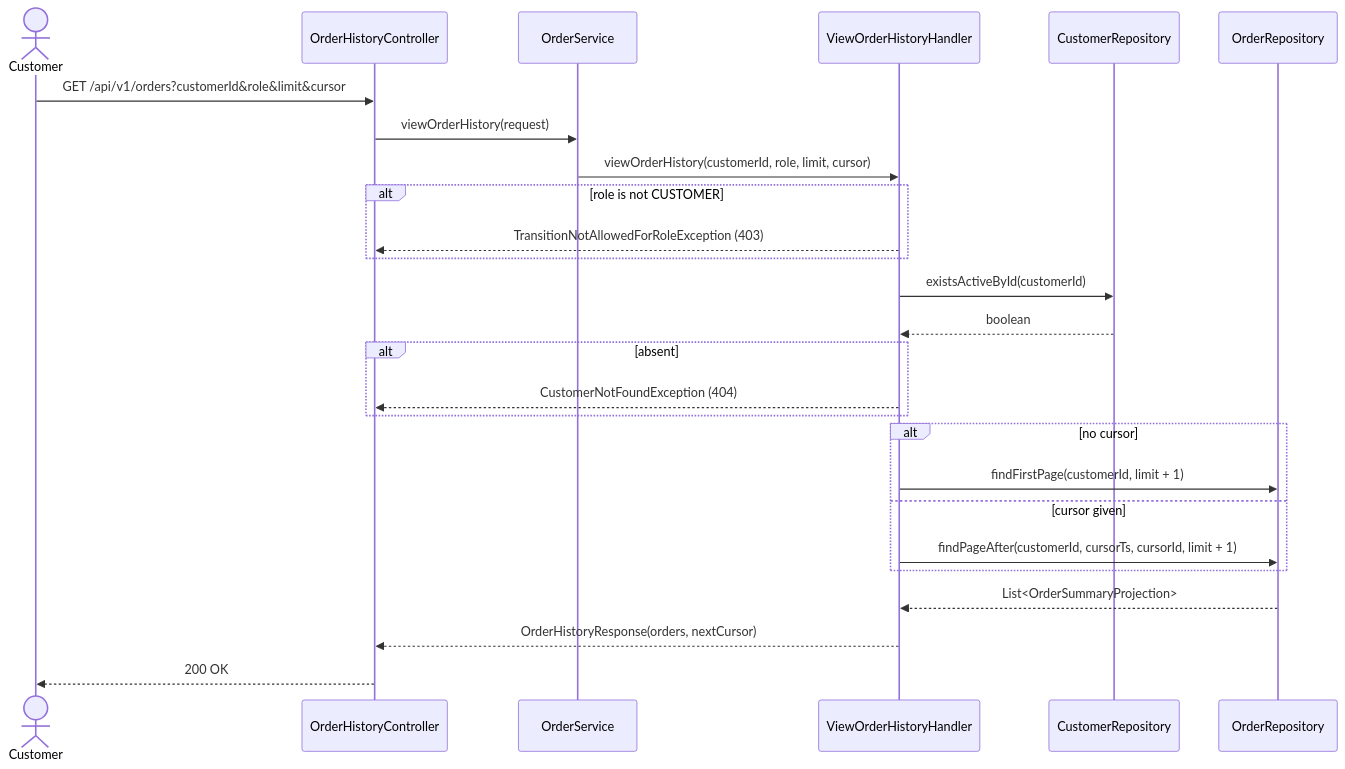
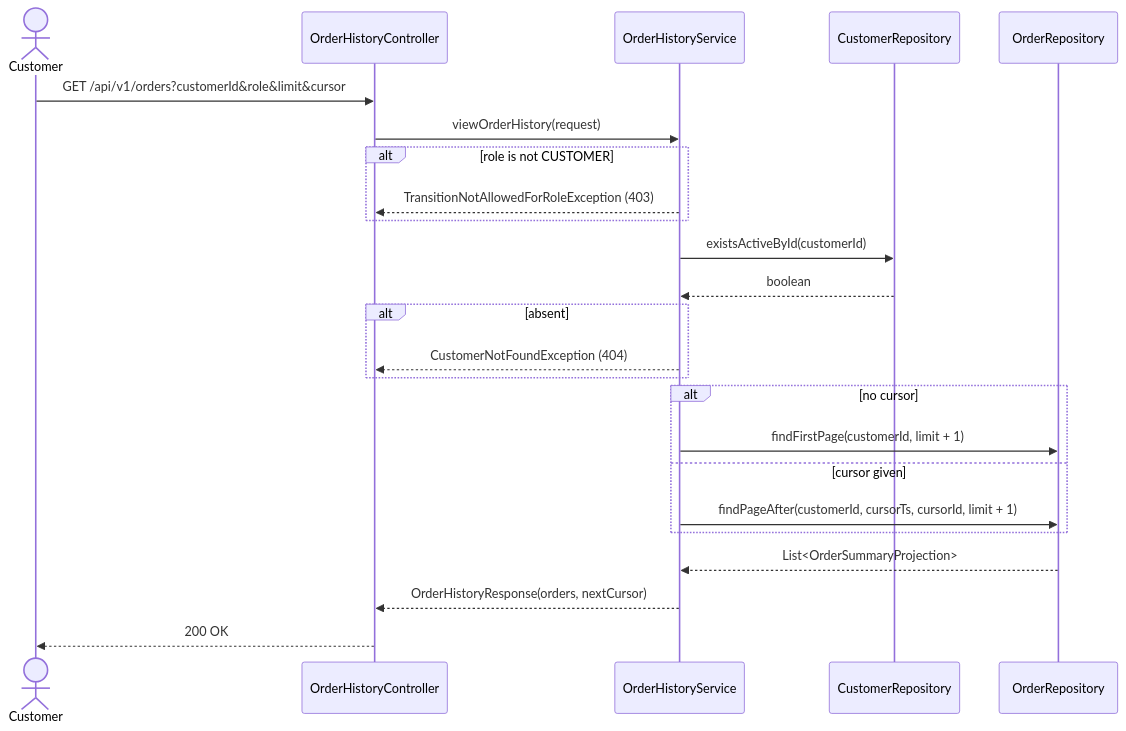
One commit to msmohammed0077-cmd/mentorship-restaurant changed the second of 2 diagrams in restaurant/.docs/use-cases/order-management/view-order-history/view-order-history.md. Above: the diagram before and after it, drawn with Mermaid. The commit also changed other lines of this file and 14 other files, not shown here.

````diff
--- a/restaurant/.docs/use-cases/order-management/view-order-history/view-order-history.md
+++ b/restaurant/.docs/use-cases/order-management/view-order-history/view-order-history.md
@@ -234,33 +234,31 @@
 ```mermaid
 sequenceDiagram
     actor Customer
     participant C as OrderHistoryController
-    participant S as OrderService
-    participant H as ViewOrderHistoryHandler
+    participant H as OrderHistoryService
     participant CR as CustomerRepository
     participant OR as OrderRepository
 
     Customer->>C: GET /api/v1/orders?customerId&role&limit&cursor
-    C->>S: viewOrderHistory(request)
-    S->>H: viewOrderHistory(customerId, role, limit, cursor)
+    C->>H: viewOrderHistory(request)
 
     alt role is not CUSTOMER
         H-->>C: TransitionNotAllowedForRoleException (403)
     end
 
     H->>CR: existsActiveById(customerId)
     CR-->>H: boolean
     alt absent
         H-->>C: CustomerNotFoundException (404)
     end
 
     alt no cursor
         H->>OR: findFirstPage(customerId, limit + 1)
     else cursor given
         H->>OR: findPageAfter(customerId, cursorTs, cursorId, limit + 1)
     end
     OR-->>H: List<OrderSummaryProjection>
 
     H-->>C: OrderHistoryResponse(orders, nextCursor)
     C-->>Customer: 200 OK
 ```
````
